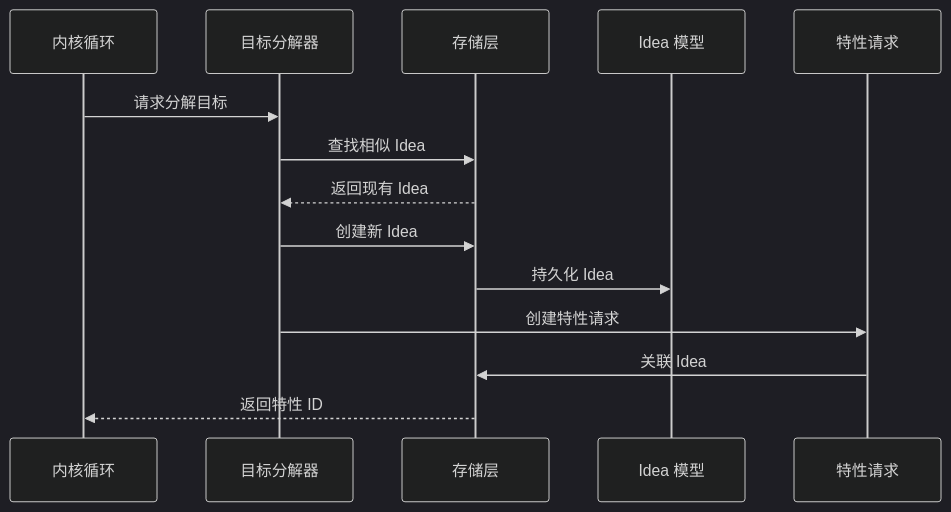
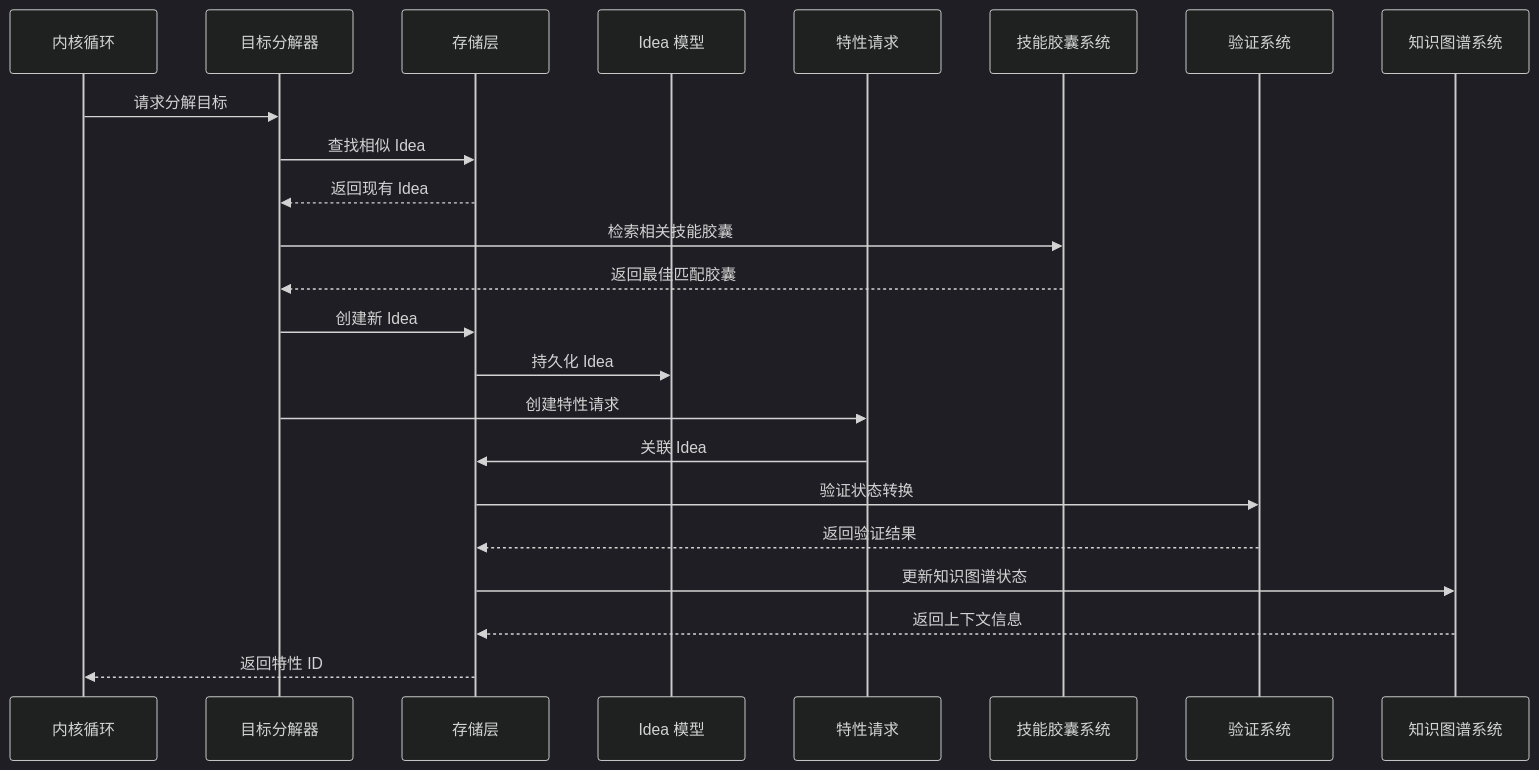
Before and after one commit to pinsonchen/vivify: the second of 6 diagrams in .qoder/repowiki/zh/content/技术实现参考/Idea 模型系统.md, drawn with Mermaid (dark theme). The commit also changed other lines of this file and 22 other files, not shown here.

````diff
--- a/.qoder/repowiki/zh/content/技术实现参考/Idea 模型系统.md
+++ b/.qoder/repowiki/zh/content/技术实现参考/Idea 模型系统.md
@@ -109,16 +162,25 @@
 ```mermaid
 sequenceDiagram
 participant Kernel as 内核循环
 participant Decomposer as 目标分解器
 participant Storage as 存储层
 participant Idea as Idea 模型
 participant Feature as 特性请求
+participant Capsules as 技能胶囊系统
+participant Verifier as 验证系统
+participant Knowledge as 知识图谱系统
 Kernel->>Decomposer : 请求分解目标
 Decomposer->>Storage : 查找相似 Idea
 Storage-->>Decomposer : 返回现有 Idea
+Decomposer->>Capsules : 检索相关技能胶囊
+Capsules-->>Decomposer : 返回最佳匹配胶囊
 Decomposer->>Storage : 创建新 Idea
 Storage->>Idea : 持久化 Idea
 Decomposer->>Feature : 创建特性请求
 Feature->>Storage : 关联 Idea
+Storage->>Verifier : 验证状态转换
+Verifier-->>Storage : 返回验证结果
+Storage->>Knowledge : 更新知识图谱状态
+Knowledge-->>Storage : 返回上下文信息
 Storage-->>Kernel : 返回特性 ID
 ```
````
